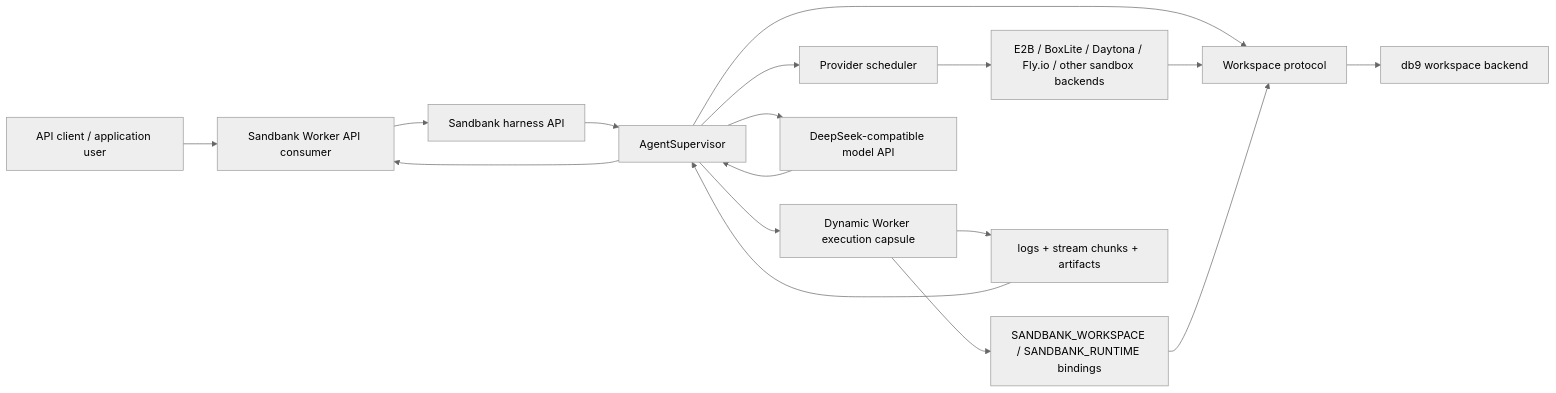
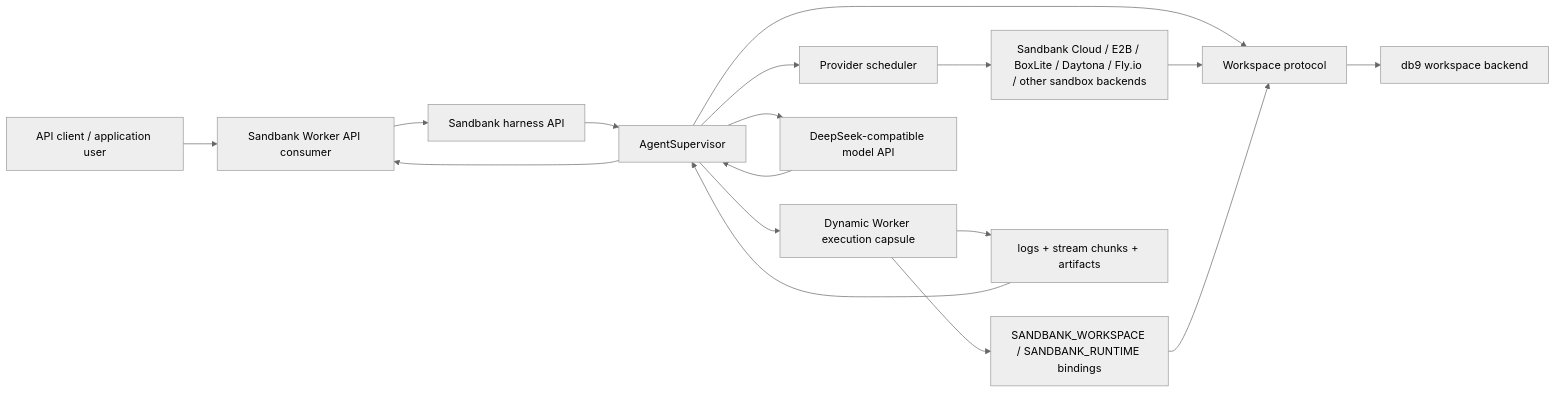
Before and after one commit to chekusu/sandbank: the diagram in docs/dynamic-worker-harness-architecture.md, drawn with Mermaid (neutral theme). The commit also changed other lines of this file and 12 other files, not shown here.

Commit message:
docs: recommend sandbank cloud provider

````diff
--- a/docs/dynamic-worker-harness-architecture.md
+++ b/docs/dynamic-worker-harness-architecture.md
@@ -5,19 +5,19 @@
 ```mermaid
 flowchart LR
   user["API client / application user"] --> client["Sandbank Worker API consumer"]
   client --> harness["Sandbank harness API"]
   harness --> supervisor["AgentSupervisor"]
   supervisor --> workspace["Workspace protocol"]
   workspace --> db9["db9 workspace backend"]
   supervisor --> capsule["Dynamic Worker execution capsule"]
   supervisor --> scheduler["Provider scheduler"]
-  scheduler --> providers["E2B / BoxLite / Daytona / Fly.io / other sandbox backends"]
+  scheduler --> providers["Sandbank Cloud / E2B / BoxLite / Daytona / Fly.io / other sandbox backends"]
   providers --> workspace
   capsule --> bindings["SANDBANK_WORKSPACE / SANDBANK_RUNTIME bindings"]
   bindings --> workspace
   capsule --> logs["logs + stream chunks + artifacts"]
   logs --> supervisor
   supervisor --> model["DeepSeek-compatible model API"]
   model --> supervisor
   supervisor --> client
 ```
````
